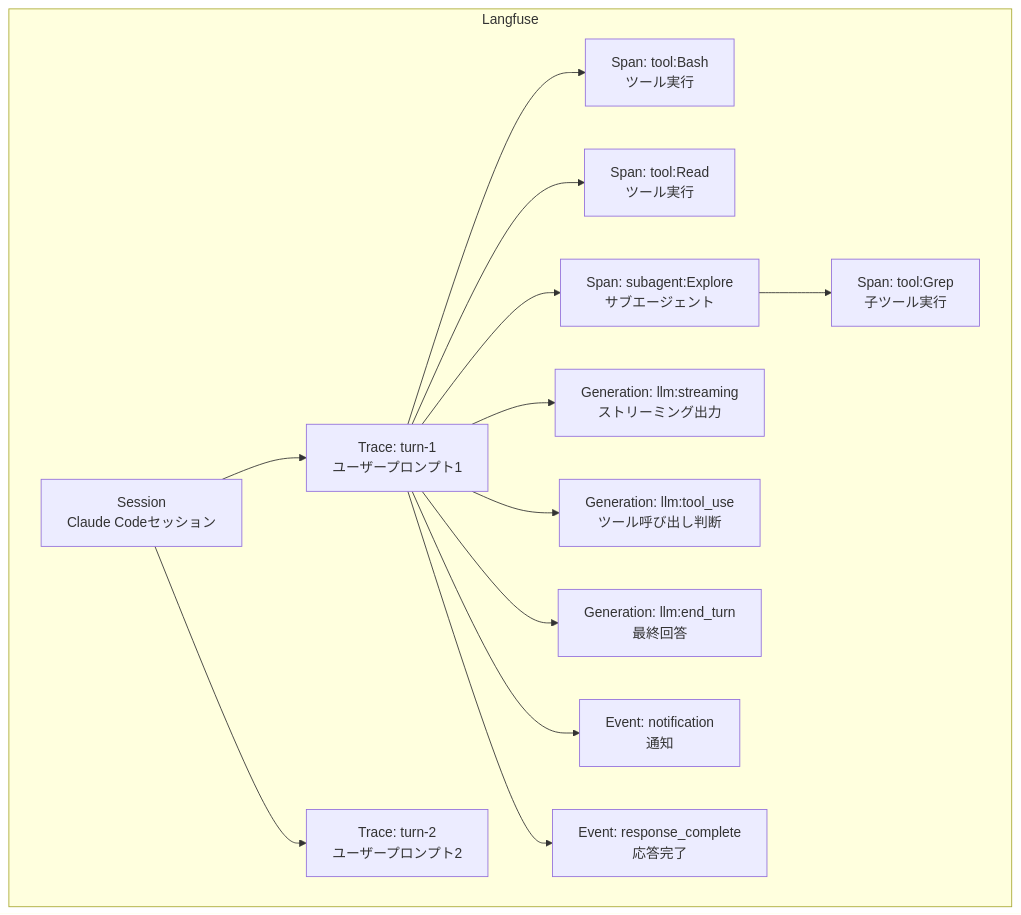
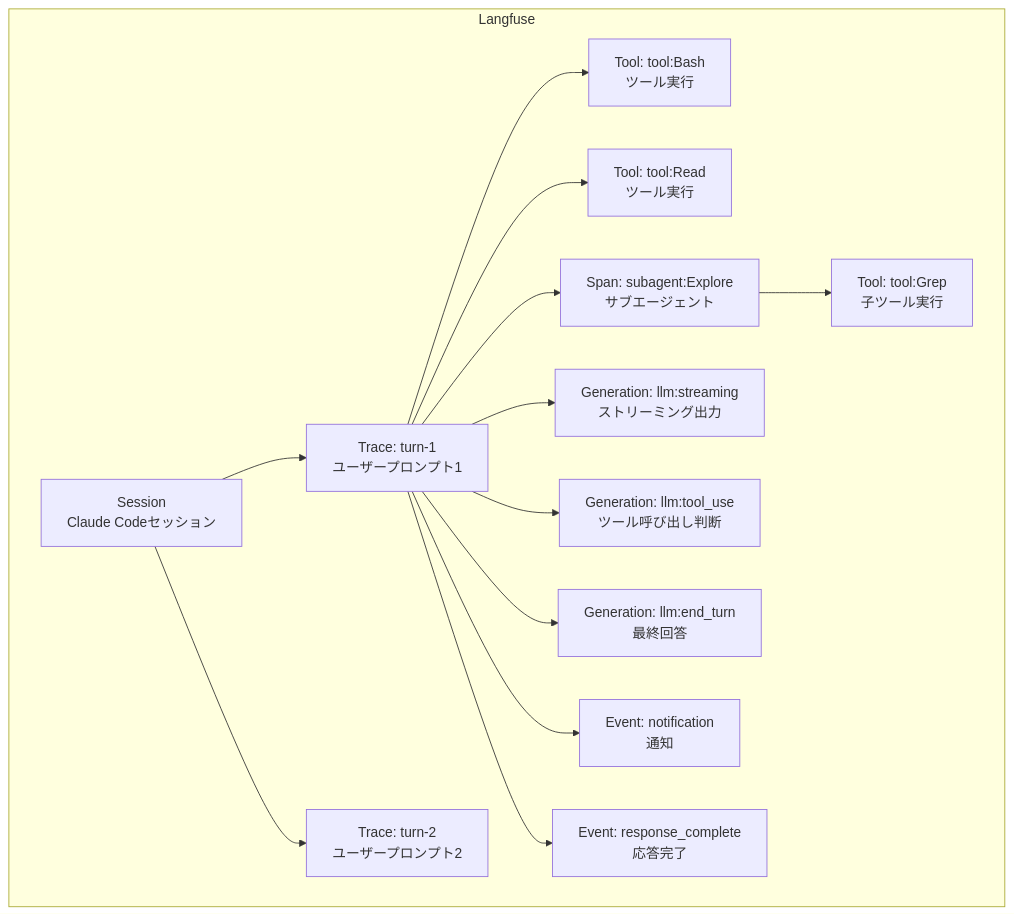
One commit to tubone24/blog changed the diagram in src/content/blog/2026-03-13-claude-code-langfuse-hooks-tracing.md. Above: the diagram before and after it, drawn with Mermaid. The commit also changed other lines of this file, not shown here.

````diff
--- a/src/content/blog/2026-03-13-claude-code-langfuse-hooks-tracing.md
+++ b/src/content/blog/2026-03-13-claude-code-langfuse-hooks-tracing.md
@@ -100,29 +106,29 @@
 ```mermaid
 flowchart TD
     subgraph Langfuse
         S[Session<br/>Claude Codeセッション]
         T1[Trace: turn-1<br/>ユーザープロンプト1]
         T2[Trace: turn-2<br/>ユーザープロンプト2]
-        SP1[Span: tool:Bash<br/>ツール実行]
-        SP2[Span: tool:Read<br/>ツール実行]
+        TL1[Tool: tool:Bash<br/>ツール実行]
+        TL2[Tool: tool:Read<br/>ツール実行]
         SP3[Span: subagent:Explore<br/>サブエージェント]
-        SP4[Span: tool:Grep<br/>子ツール実行]
+        TL4[Tool: tool:Grep<br/>子ツール実行]
         G1[Generation: llm:streaming<br/>ストリーミング出力]
         G2[Generation: llm:tool_use<br/>ツール呼び出し判断]
         G3[Generation: llm:end_turn<br/>最終回答]
         E1[Event: notification<br/>通知]
         E2[Event: response_complete<br/>応答完了]
 
         S --> T1
         S --> T2
-        T1 --> SP1
-        T1 --> SP2
+        T1 --> TL1
+        T1 --> TL2
         T1 --> SP3
-        SP3 --> SP4
+        SP3 --> TL4
         T1 --> G1
         T1 --> G2
         T1 --> G3
         T1 --> E1
         T1 --> E2
     end
 ```
````
